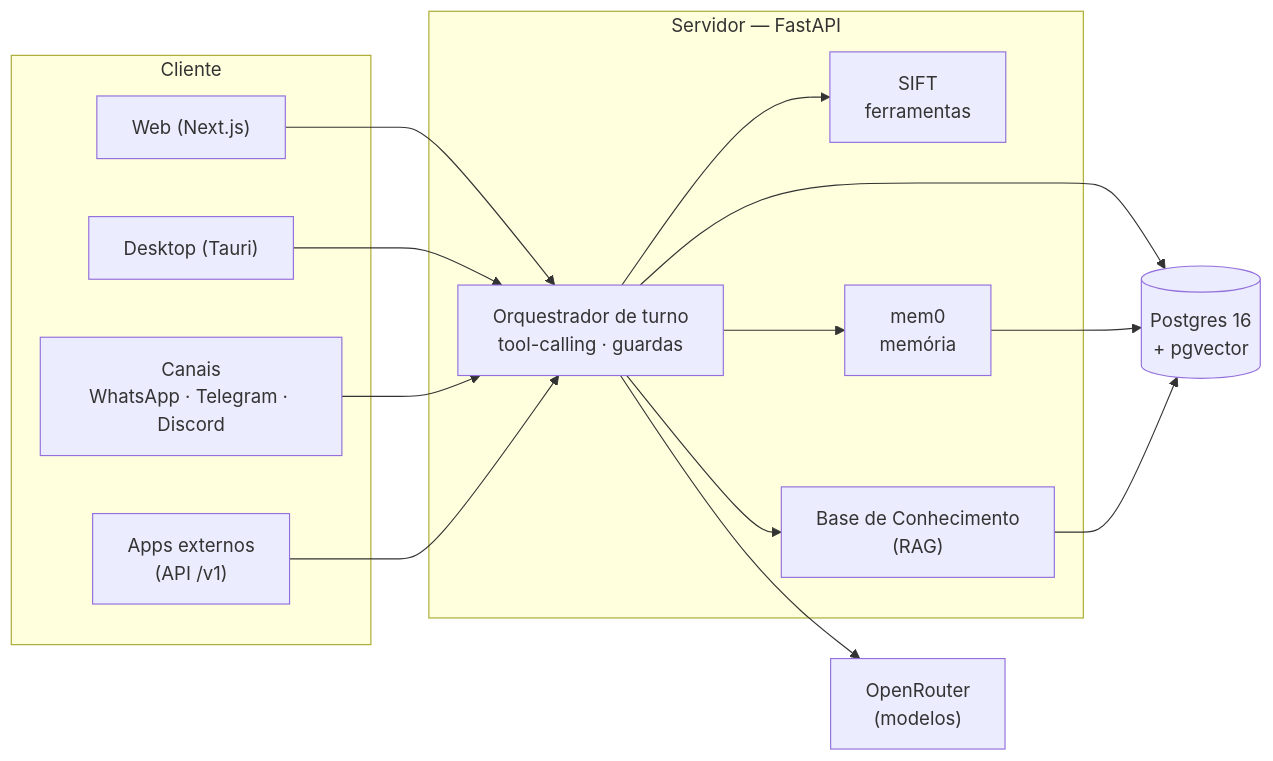
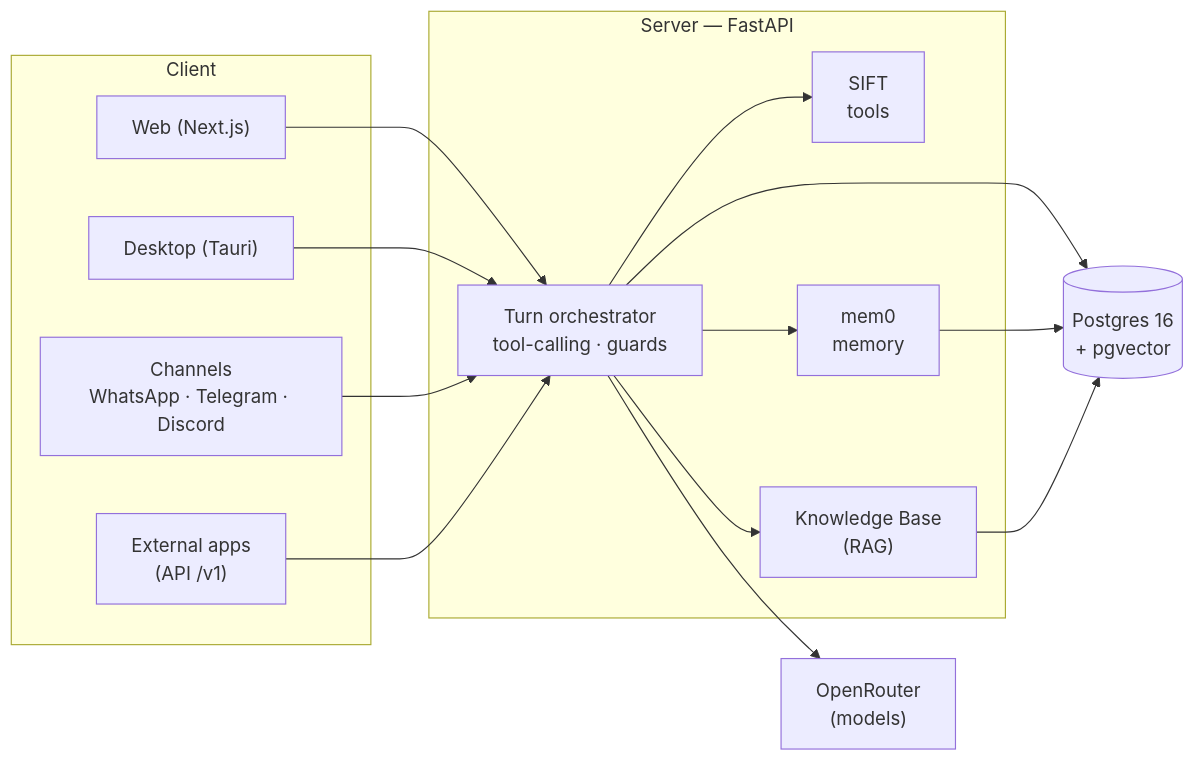
One commit to Victor-Alves0/AI-Workspace changed the diagram in README.md. Above: the diagram before and after it, drawn with Mermaid. The commit also changed other lines of this file and 11 other files, not shown here.

````diff
--- a/README.md
+++ b/README.md
@@ -121,22 +118,22 @@
 ```mermaid
 flowchart LR
-    subgraph Cliente
+    subgraph Client
         W["Web (Next.js)"]
         D["Desktop (Tauri)"]
-        C["Canais<br/>WhatsApp · Telegram · Discord"]
-        X["Apps externos<br/>(API /v1)"]
+        C["Channels<br/>WhatsApp · Telegram · Discord"]
+        X["External apps<br/>(API /v1)"]
     end
-    subgraph Servidor["Servidor — FastAPI"]
-        O["Orquestrador de turno<br/>tool-calling · guardas"]
-        SIFT["SIFT<br/>ferramentas"]
-        MEM["mem0<br/>memória"]
-        RAG["Base de Conhecimento<br/>(RAG)"]
+    subgraph Backend["Server — FastAPI"]
+        O["Turn orchestrator<br/>tool-calling · guards"]
+        SIFT["SIFT<br/>tools"]
+        MEM["mem0<br/>memory"]
+        RAG["Knowledge Base<br/>(RAG)"]
     end
     DB[("Postgres 16<br/>+ pgvector")]
-    OR["OpenRouter<br/>(modelos)"]
+    OR["OpenRouter<br/>(models)"]
 
     W & D & C & X --> O
     O --> SIFT & MEM & RAG
     O --> OR
     O & MEM & RAG --> DB
 ```
````
